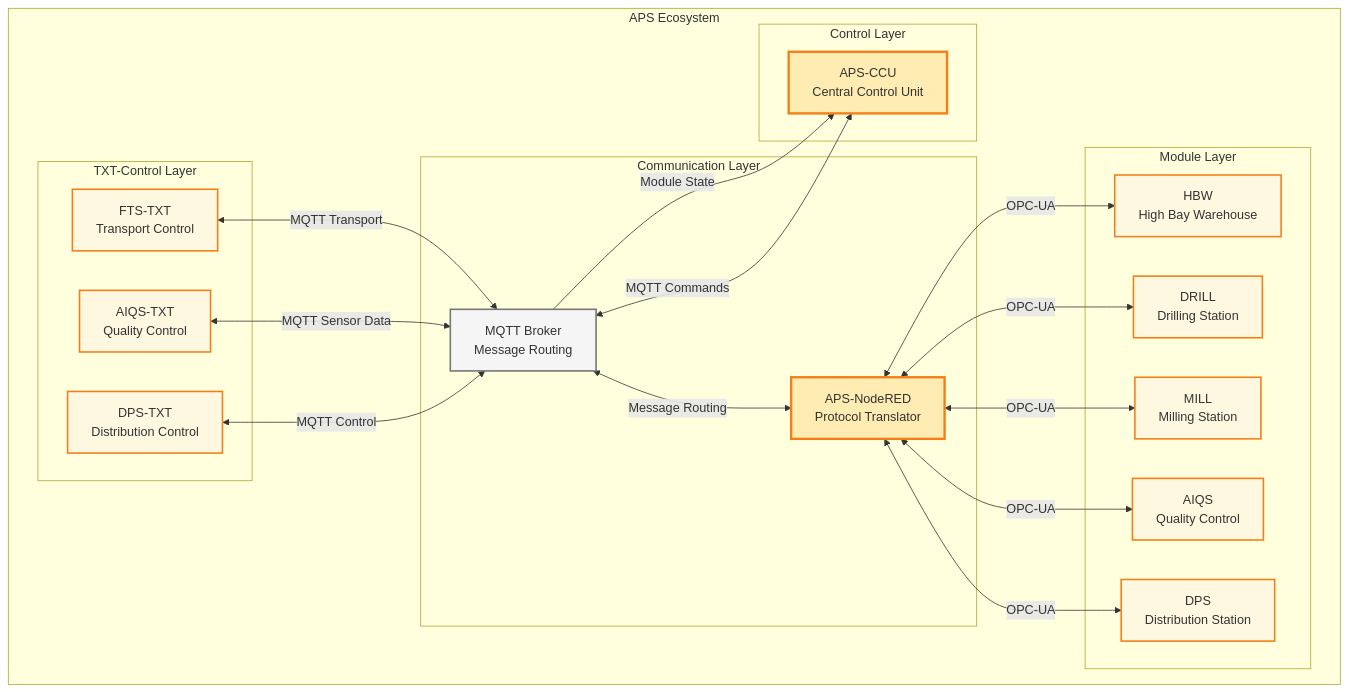
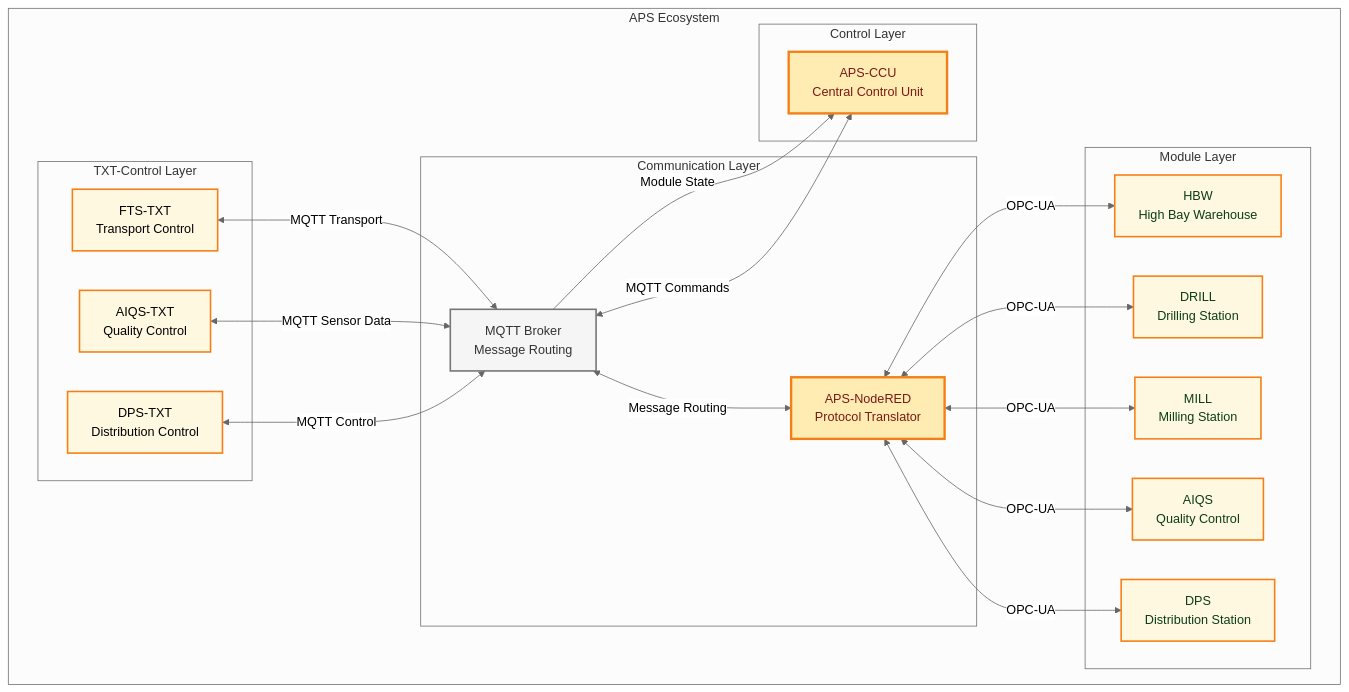
Before and after one commit to OliverBerger-ORBIS/ORBIS-Modellfabrik: the diagram in docs/02-architecture/system-context.md, drawn with Mermaid. The commit also changed 117 other files, not shown here.

````diff
--- a/docs/02-architecture/system-context.md
+++ b/docs/02-architecture/system-context.md
@@ -12,49 +12,55 @@
 ```mermaid
+%%{init: {'theme':'neutral'}}%%
 graph TB
+classDef orbis fill:#e3f2fd,stroke:#bbdefb,stroke-width:2px,color:#0b2e59;
+classDef fthardware fill:#fff8e1,stroke:#ffecb3,stroke-width:2px,color:#0b3d16;
+classDef ftsoftware fill:#ffebee,stroke:#ffcdd2,stroke-width:2px,color:#7a1a14;
+classDef external fill:#f5f5f5,stroke:#e0e0e0,stroke-width:2px,color:#333;
+
     subgraph "APS Ecosystem"
         subgraph "Control Layer"
-            APS_CCU[APS-CCU<br/>Central Control Unit]
+            APS_CCU[APS-CCU<br/>Central Control Unit]:::ftsoftware
         end
         
         subgraph "Communication Layer"
-            MQTT[MQTT Broker<br/>Message Routing]
-            APS_NODERED[APS-NodeRED<br/>Protocol Translator]
+            MQTT[MQTT Broker<br/>Message Routing]:::external
+            APS_NODERED[APS-NodeRED<br/>Protocol Translator]:::ftsoftware
         end
         
         subgraph "Module Layer"
-            HBW[HBW<br/>High Bay Warehouse]
-            DRILL[DRILL<br/>Drilling Station]
-            MILL[MILL<br/>Milling Station]
-            AIQS[AIQS<br/>Quality Control]
-            DPS[DPS<br/>Distribution Station]
+            HBW[HBW<br/>High Bay Warehouse]:::fthardware
+            DRILL[DRILL<br/>Drilling Station]:::fthardware
+            MILL[MILL<br/>Milling Station]:::fthardware
+            AIQS[AIQS<br/>Quality Control]:::fthardware
+            DPS[DPS<br/>Distribution Station]:::fthardware
         end
         
         subgraph "TXT-Control Layer"
             FTS_TXT[FTS-TXT<br/>Transport Control]
             AIQS_TXT[AIQS-TXT<br/>Quality Control]
             DPS_TXT[DPS-TXT<br/>Distribution Control]
         end
     end
     
     APS_CCU <-->|MQTT Commands| MQTT
     
     MQTT <-->|Message Routing| APS_NODERED
     APS_NODERED <-->|OPC-UA| HBW
     APS_NODERED <-->|OPC-UA| DRILL
     APS_NODERED <-->|OPC-UA| MILL
     APS_NODERED <-->|OPC-UA| AIQS
     APS_NODERED <-->|OPC-UA| DPS
     
     FTS_TXT <-->|MQTT Transport| MQTT
     AIQS_TXT <-->|MQTT Sensor Data| MQTT
     DPS_TXT <-->|MQTT Control| MQTT
     
     MQTT -->|Module State| APS_CCU
     
     classDef aps fill:#fff8e1,stroke:#f57f17,stroke-width:2px
     classDef aps_highlight fill:#ffecb3,stroke:#f57f17,stroke-width:3px
     classDef external fill:#f5f5f5,stroke:#757575,stroke-width:2px
     class APS_CCU,APS_NODERED aps_highlight
     class MQTT external
     class HBW,DRILL,MILL,AIQS,DPS,FTS_TXT,AIQS_TXT,DPS_TXT aps
 ```
````
